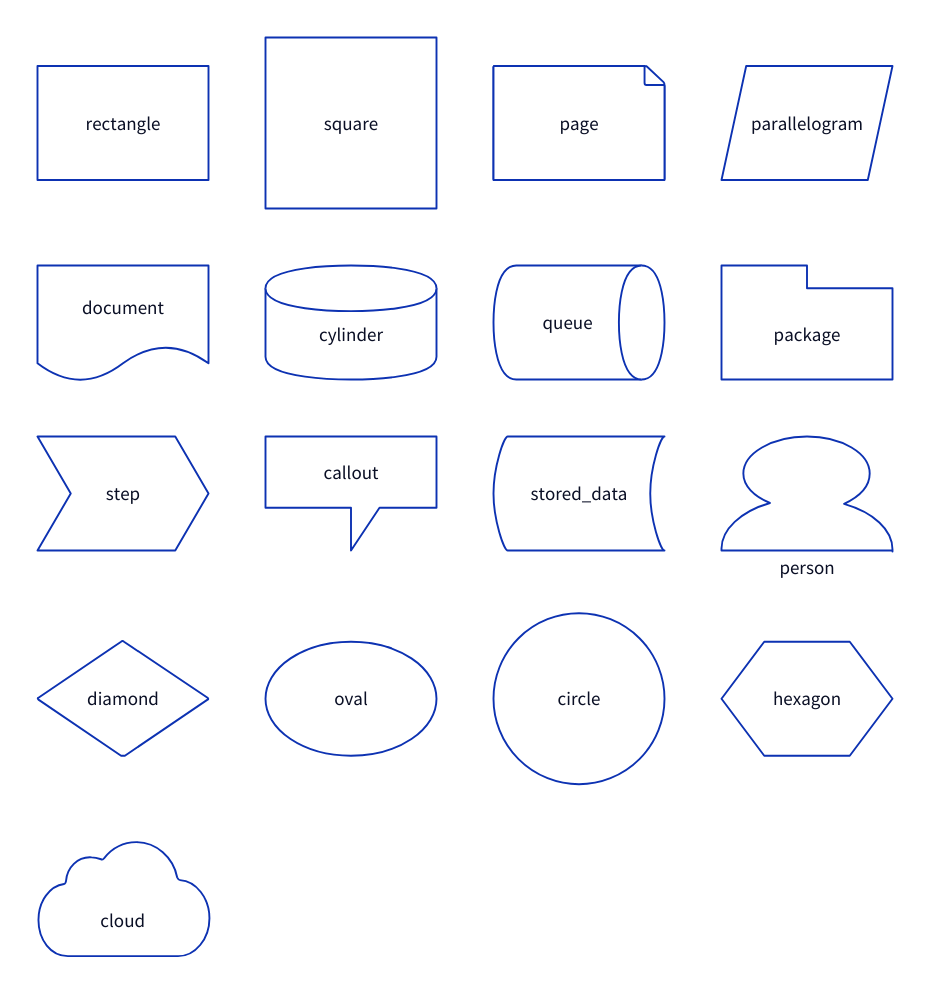
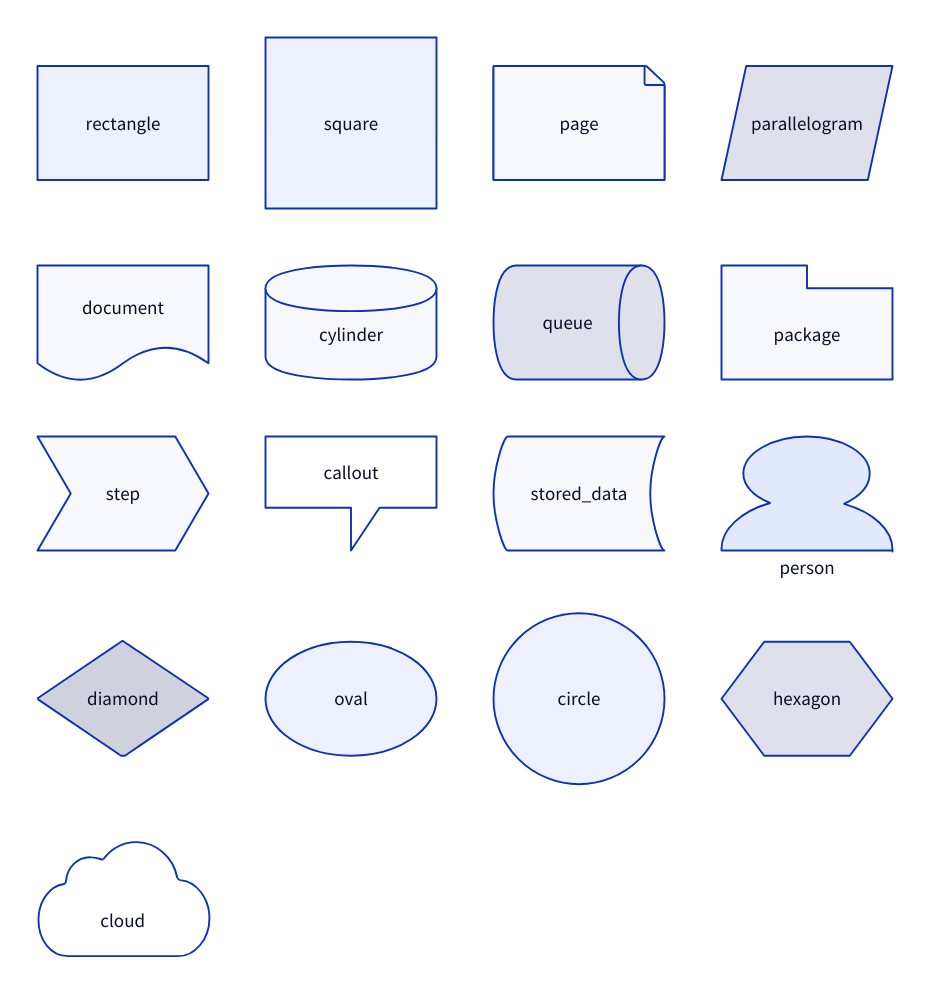
One commit to terrastruct/d2-docs changed the diagram in static/d2/shapes-3.d2. Above: the diagram before and after it, drawn with D2.

Commit message:
docs: fix white background UI bug in https://d2lang.com/tour/shapes/#example

```diff
--- a/static/d2/shapes-3.d2
+++ b/static/d2/shapes-3.d2
@@ -1,81 +1,80 @@
 # Shape catalog of standard shapes
 
 classes: {
   hidden: {
     label: ""
     style.fill: transparent
     style.stroke-width: 0
   }
   example: {
-    style.fill: white
     width: 180
     height: 120
     style.font-size: 20
     style.bold: false
   }
 }
 
 style.fill: transparent
 
 grid-rows: 5
 grid-gap: 0
 
 one: {
   class: hidden
   rectangle.shape: rectangle
   square.shape: square
   page.shape: page
   parallelogram.shape: parallelogram
 
   # Color fixups to ensure all shapes have white fill
   # TODO change this to use globs when implemented
   rectangle.class: example
   square.class: example
   page.class: example
   parallelogram.class: example
 }
 
 two: {
   class: hidden
   document.shape: document
   cylinder.shape: cylinder
   queue.shape: queue
   package.shape: package
 
   document.class: example
   cylinder.class: example
   queue.class: example
   package.class: example
 }
 
 three: {
   class: hidden
   step.shape: step
   callout.shape: callout
   stored_data.shape: stored_data
   person.shape: person
 
   step.class: example
   callout.class: example
   stored_data.class: example
   person.class: example
 }
 
 four: {
   class: hidden
   diamond.shape: diamond
   oval.shape: oval
   circle.shape: circle
   hexagon.shape: hexagon
 
   diamond.class: example
   oval.class: example
   circle.class: example
   hexagon.class: example
 }
 
 five: {
   class: hidden
   cloud.shape: cloud
   cloud.class: example
 }
```
